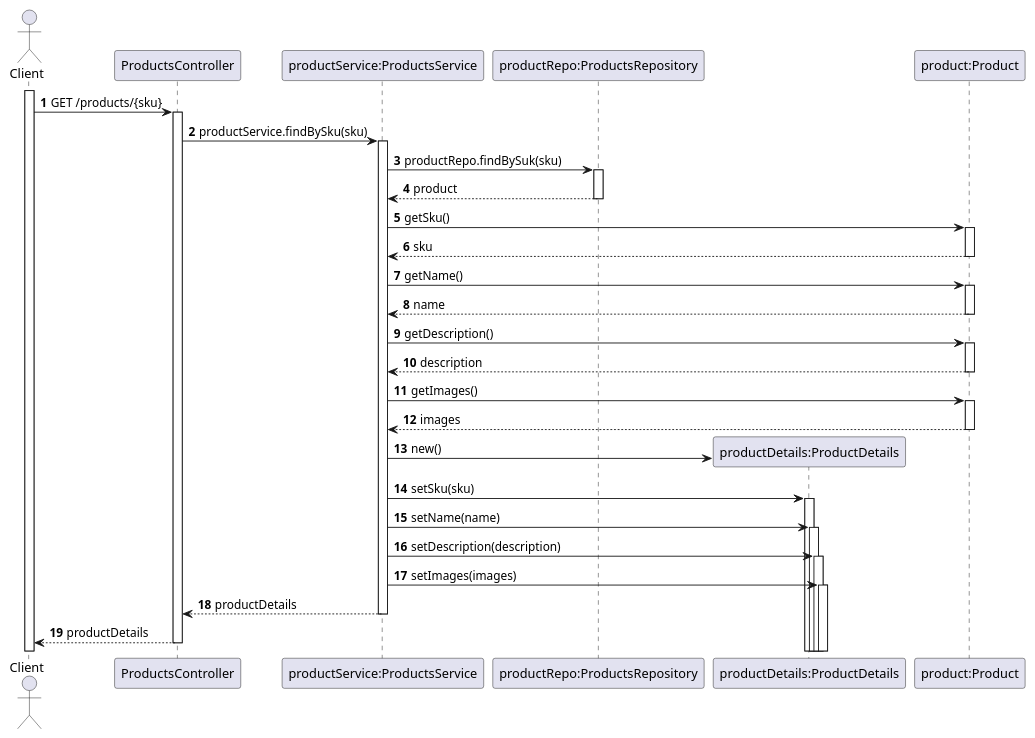
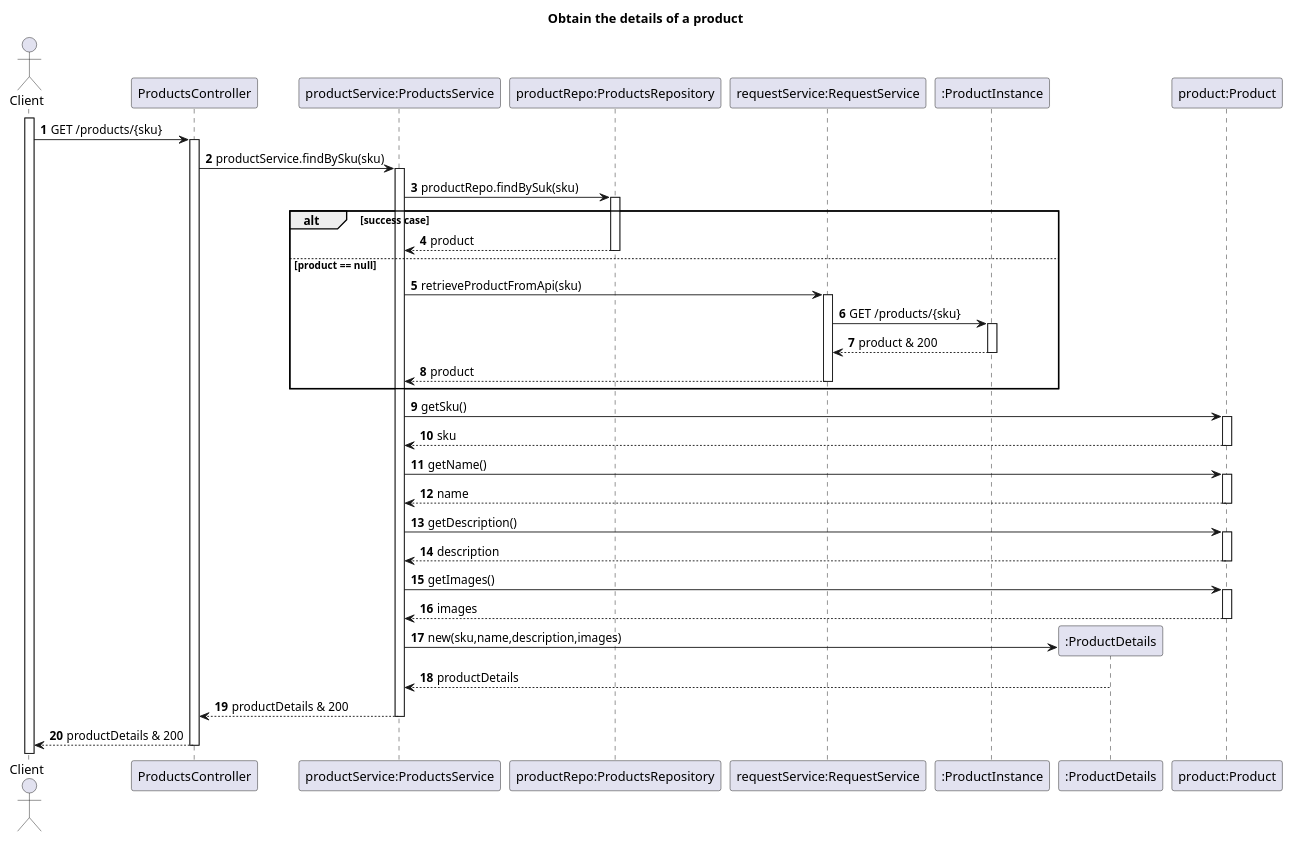
Before and after one commit to TiagoNora/SIDIS-Docs: the diagram in Docs/US02-SD.puml, drawn with PlantUML. The commit also changed 1 other file, not shown here.

```diff
--- a/Docs/US02-SD.puml
+++ b/Docs/US02-SD.puml
@@ -1,38 +1,45 @@
 @startuml
 'https://plantuml.com/sequence-diagram
 
-
+title Obtain the details of a product
 autoactivate on
 autonumber
 
 actor "Client" as client
 participant "ProductsController" as controller
 participant "productService:ProductsService" as service
 participant "productRepo:ProductsRepository" as repository
-participant "productDetails:ProductDetails" as details
+participant "requestService:RequestService" as request
+participant ":ProductInstance" as instance
+participant ":ProductDetails" as details
 participant "product:Product" as product
 
 activate client
 
 client -> controller: GET /products/{sku}
 controller -> service : productService.findBySku(sku)
 service -> repository: productRepo.findBySuk(sku)
+alt success case
 repository --> service: product
+else product == null
+service -> request:retrieveProductFromApi(sku)
+request -> instance: GET /products/{sku}
+instance --> request: product & 200
+request --> service: product
+end
+
 service -> product: getSku()
 product --> service: sku
 service -> product: getName()
 product --> service: name
 service -> product: getDescription()
 product --> service: description
 service -> product: getImages()
 product --> service: images
-service -> details**: new()
-service -> details: setSku(sku)
-service -> details: setName(name)
-service -> details: setDescription(description)
-service -> details: setImages(images)
-service --> controller: productDetails
-controller --> client: productDetails
+service -> details**: new(sku,name,description,images)
+details --> service: productDetails
+service --> controller: productDetails & 200
+controller --> client: productDetails & 200
 
 
 @enduml
```
